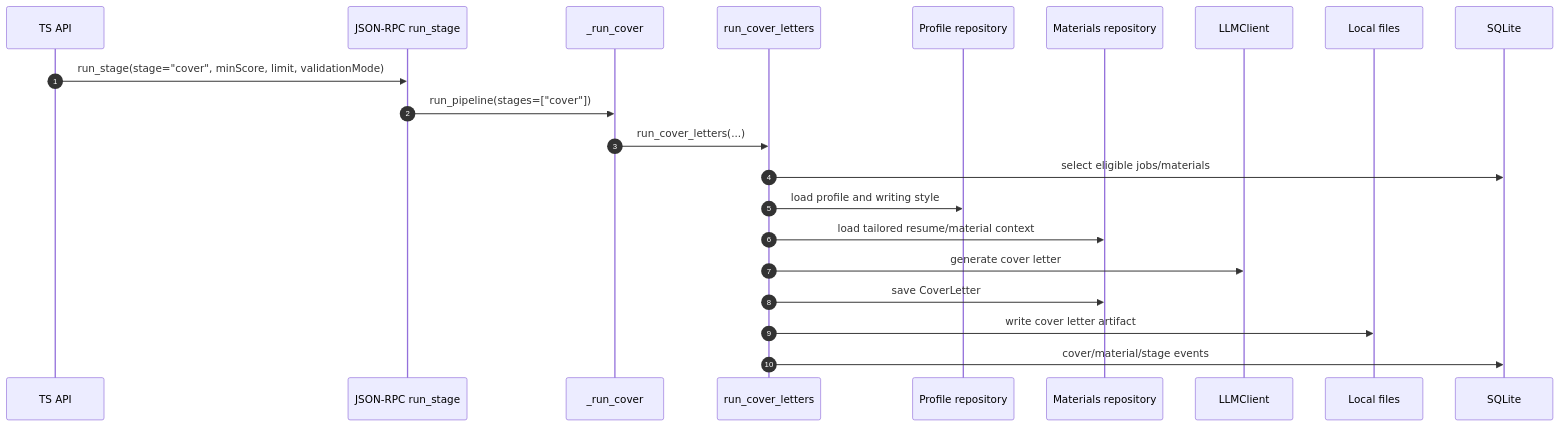
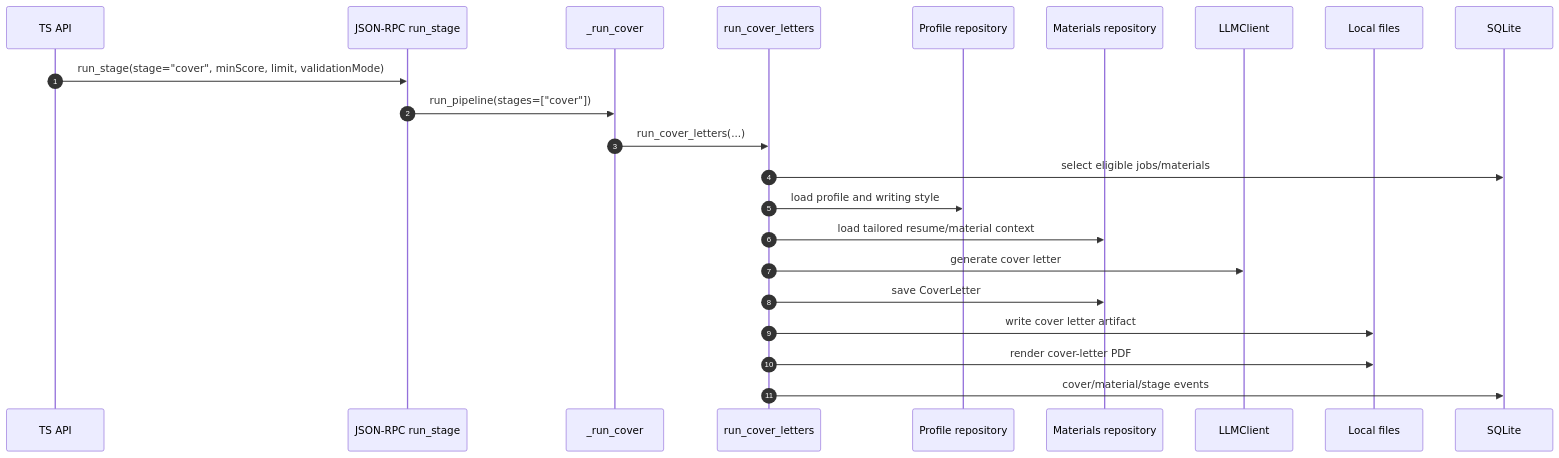
One commit to ebarti/JobCtrl changed diagram 11 of 15 in docs/job-pipeline-architecture.md. Above: the diagram before and after it, drawn with Mermaid. The commit also changed other lines of this file and 3 other files, not shown here.

````diff
--- a/docs/job-pipeline-architecture.md
+++ b/docs/job-pipeline-architecture.md
@@ -621,24 +622,25 @@
 ```mermaid
 sequenceDiagram
     autonumber
     participant Api as TS API
     participant Rpc as JSON-RPC run_stage
     participant Runner as _run_cover
     participant Cover as run_cover_letters
     participant Profile as Profile repository
     participant Materials as Materials repository
     participant LLM as LLMClient
     participant Files as Local files
     participant DB as SQLite
 
     Api->>Rpc: run_stage(stage="cover", minScore, limit, validationMode)
     Rpc->>Runner: run_pipeline(stages=["cover"])
     Runner->>Cover: run_cover_letters(...)
     Cover->>DB: select eligible jobs/materials
     Cover->>Profile: load profile and writing style
     Cover->>Materials: load tailored resume/material context
     Cover->>LLM: generate cover letter
     Cover->>Materials: save CoverLetter
     Cover->>Files: write cover letter artifact
+    Cover->>Files: render cover-letter PDF
     Cover->>DB: cover/material/stage events
 ```
````
